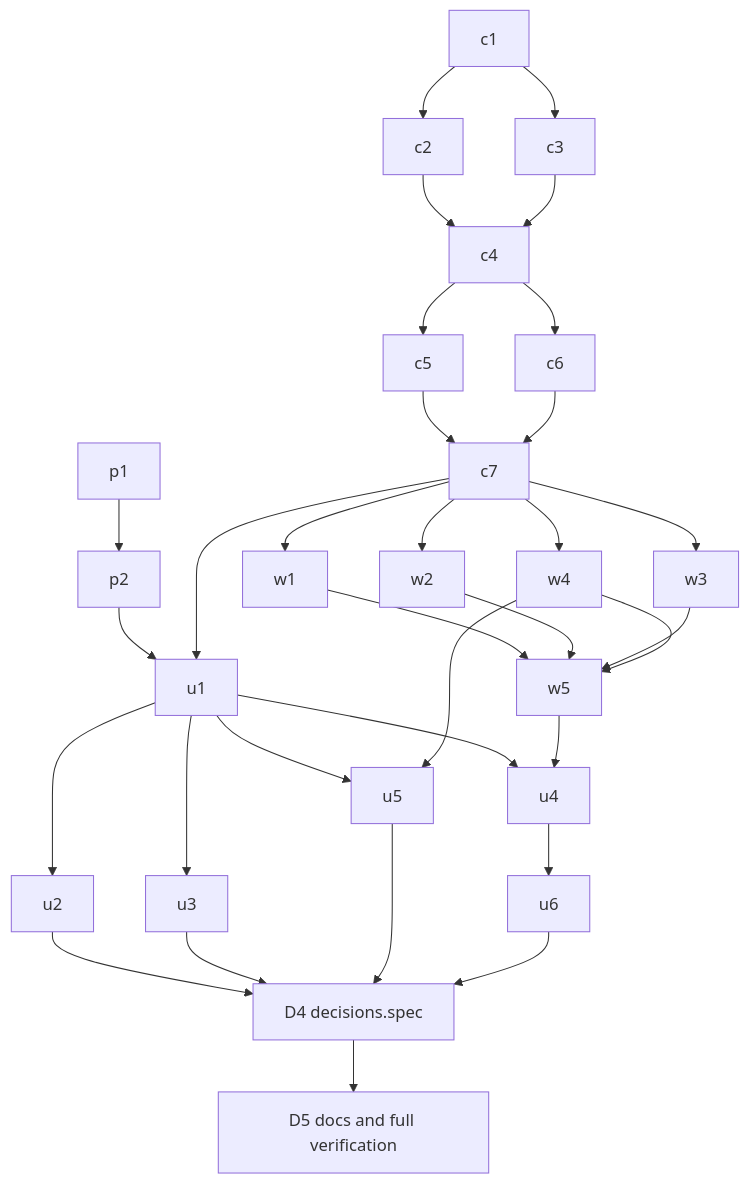
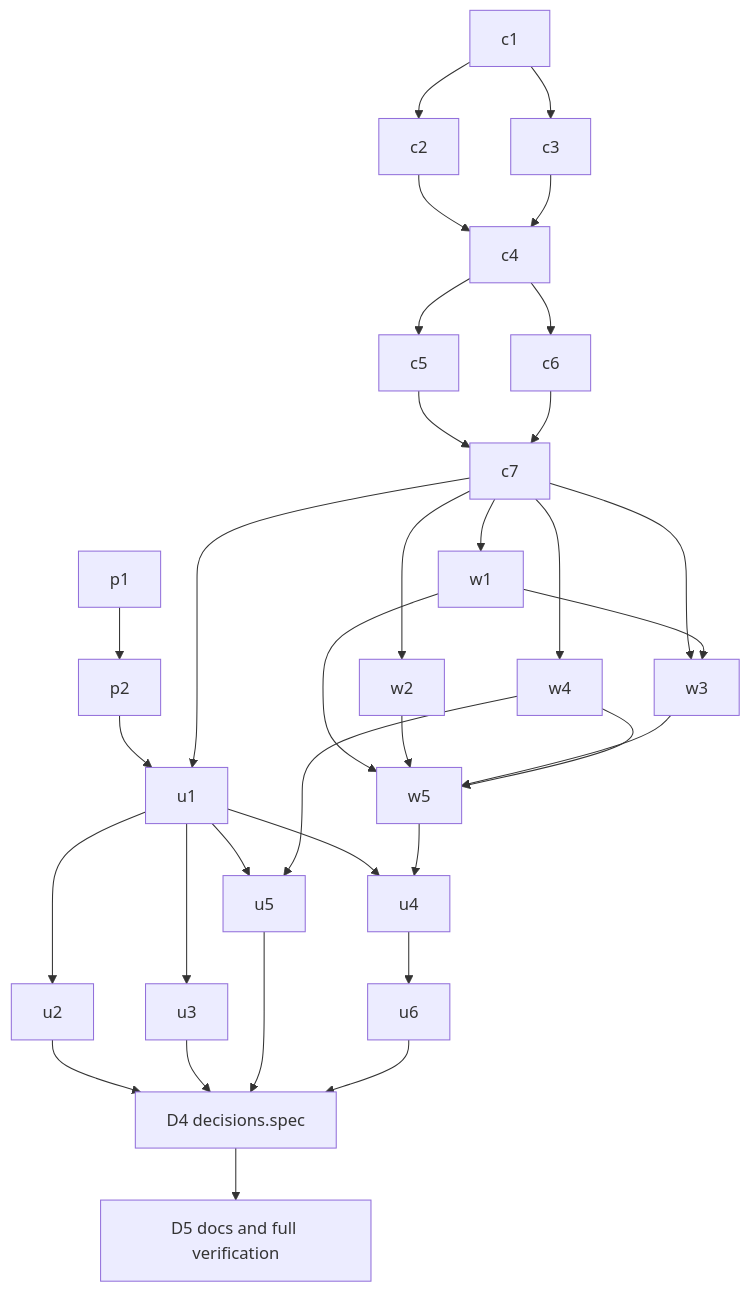
One commit to yeyo11/agentry changed the diagram in docs/plans/decision-engine.md. Above: the diagram before and after it, drawn with Mermaid. The commit also changed other lines of this file and 190 other files, not shown here.

````diff
--- a/docs/plans/decision-engine.md
+++ b/docs/plans/decision-engine.md
@@ -674,22 +799,23 @@
 ```mermaid
 graph TD
   p1 --> p2
   c1 --> c2
   c1 --> c3
   c2 --> c4
   c3 --> c4
   c4 --> c5
   c4 --> c6
   c5 --> c7
   c6 --> c7
   c7 --> w1 & w2 & w3 & w4
+  w1 --> w3
   w1 & w2 & w3 & w4 --> w5
   p2 --> u1
   c7 --> u1
   u1 --> u2 & u3 & u4 & u5
   w5 --> u4
   w4 --> u5
   u4 --> u6
   u2 & u3 & u5 & u6 --> e2e[D4 decisions.spec]
   e2e --> docs[D5 docs and full verification]
 ```
````
